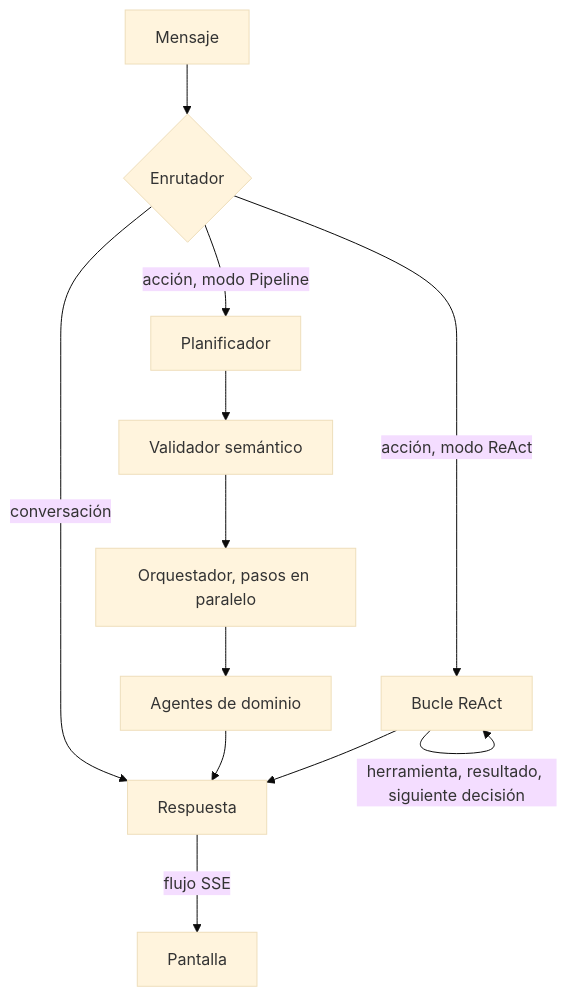
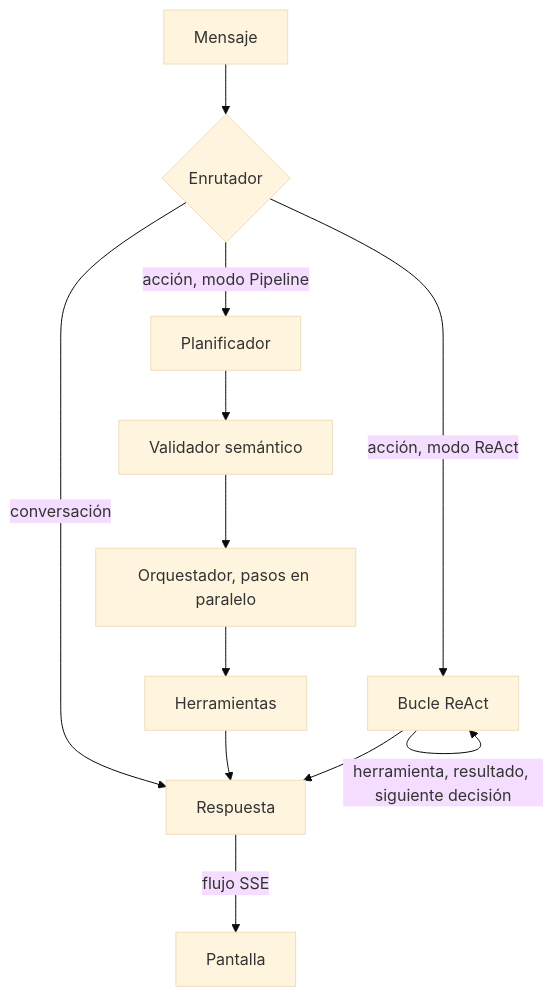
The second of 4 diagrams in apps/web/src/data/guides/how.es.md (jgouviergmail/LIA-Assistant), drawn with Mermaid (base theme) before and after one commit. The commit also changed other lines of this file and 612 other files, not shown here.

````diff
--- a/apps/web/src/data/guides/how.es.md
+++ b/apps/web/src/data/guides/how.es.md
@@ -86,14 +86,14 @@
 ```mermaid
 flowchart TD
     M["Mensaje"] --> R{"Enrutador"}
     R -->|"conversación"| S["Respuesta"]
     R -->|"acción, modo Pipeline"| P["Planificador"]
     P --> V["Validador semántico"]
     V --> O["Orquestador, pasos en paralelo"]
-    O --> A["Agentes de dominio"]
+    O --> A["Herramientas"]
     A --> S
     R -->|"acción, modo ReAct"| L["Bucle ReAct"]
     L -->|"herramienta, resultado, siguiente decisión"| L
     L --> S
     S -->|"flujo SSE"| U["Pantalla"]
 ```
````
